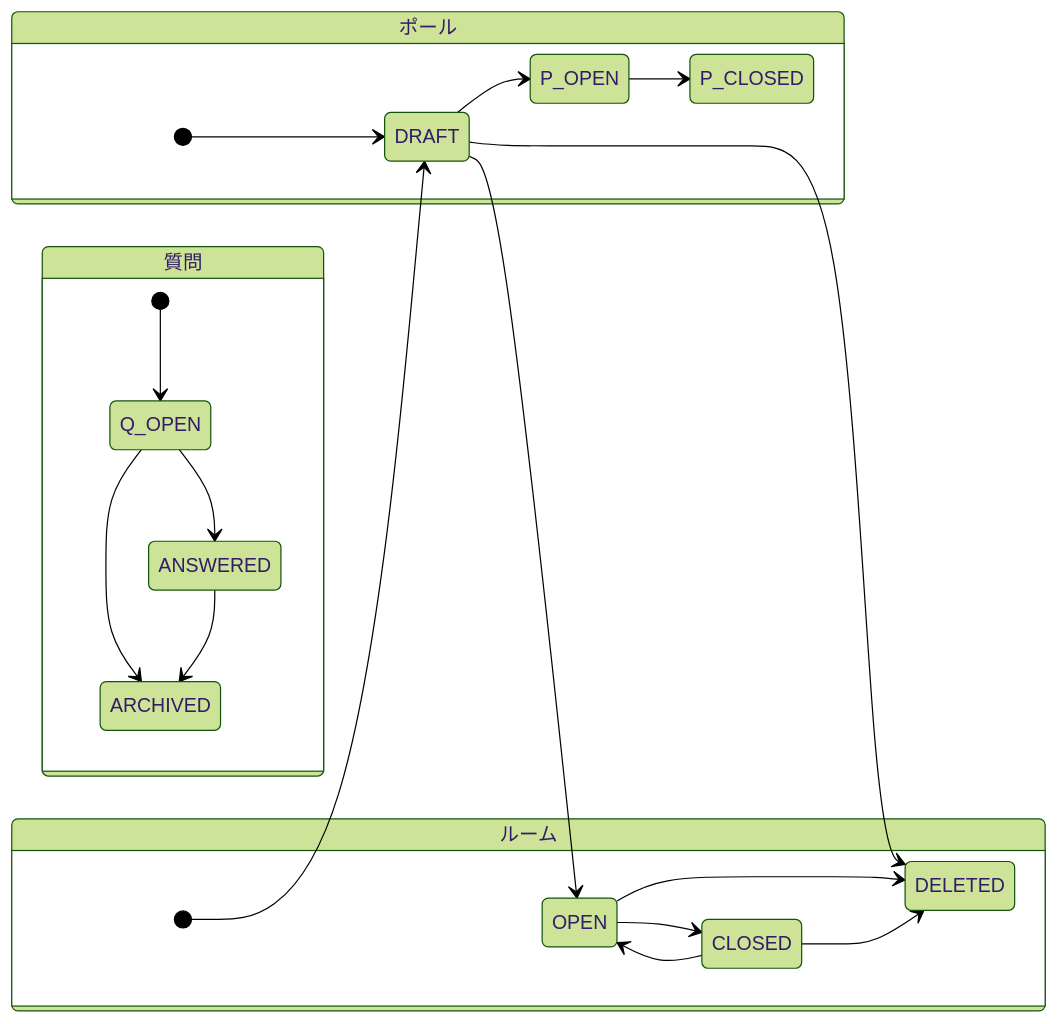
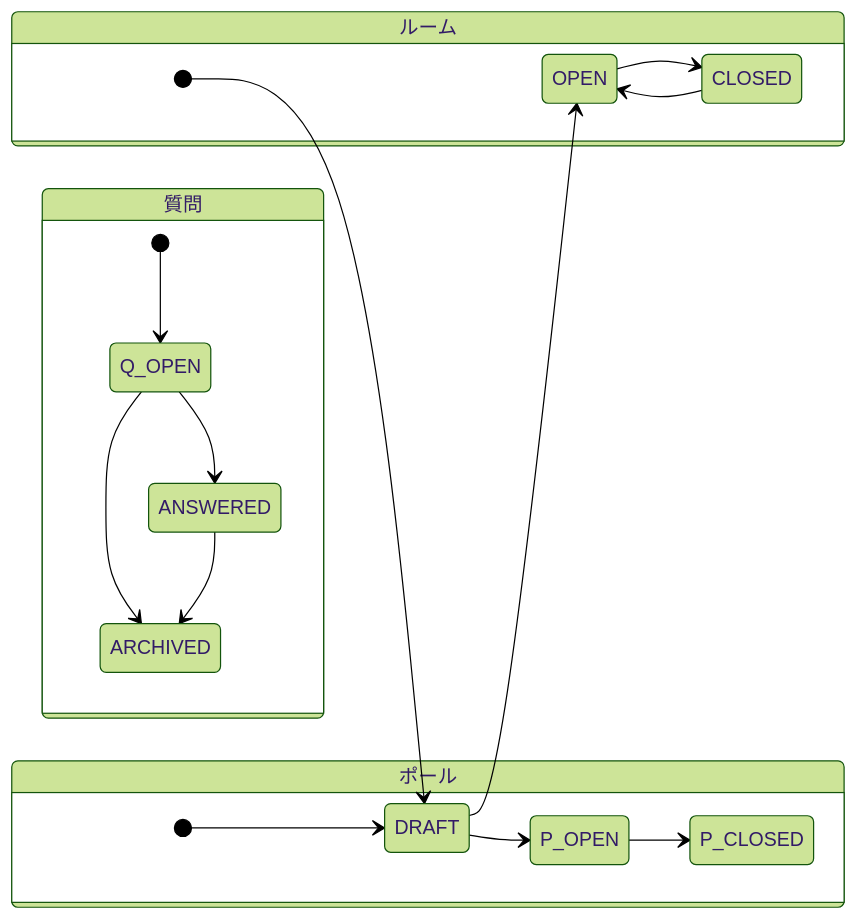
The second of 2 diagrams in docs/design/constraints.md (muscat2356/LiveQA-app), drawn with Mermaid (forest theme) before and after one commit. The commit also changed other lines of this file and 20 other files, not shown here.

````diff
--- a/docs/design/constraints.md
+++ b/docs/design/constraints.md
@@ -68,24 +68,21 @@
 ```mermaid
 stateDiagram-v2
     direction LR
     state ルーム {
         [*] --> DRAFT
         DRAFT --> OPEN
         OPEN --> CLOSED
         CLOSED --> OPEN
-        DRAFT --> DELETED
-        OPEN --> DELETED
-        CLOSED --> DELETED
     }
     state 質問 {
         [*] --> Q_OPEN
         Q_OPEN --> ANSWERED
         Q_OPEN --> ARCHIVED
         ANSWERED --> ARCHIVED
     }
     state ポール {
         [*] --> DRAFT
         DRAFT --> P_OPEN
         P_OPEN --> P_CLOSED
     }
 ```
````
